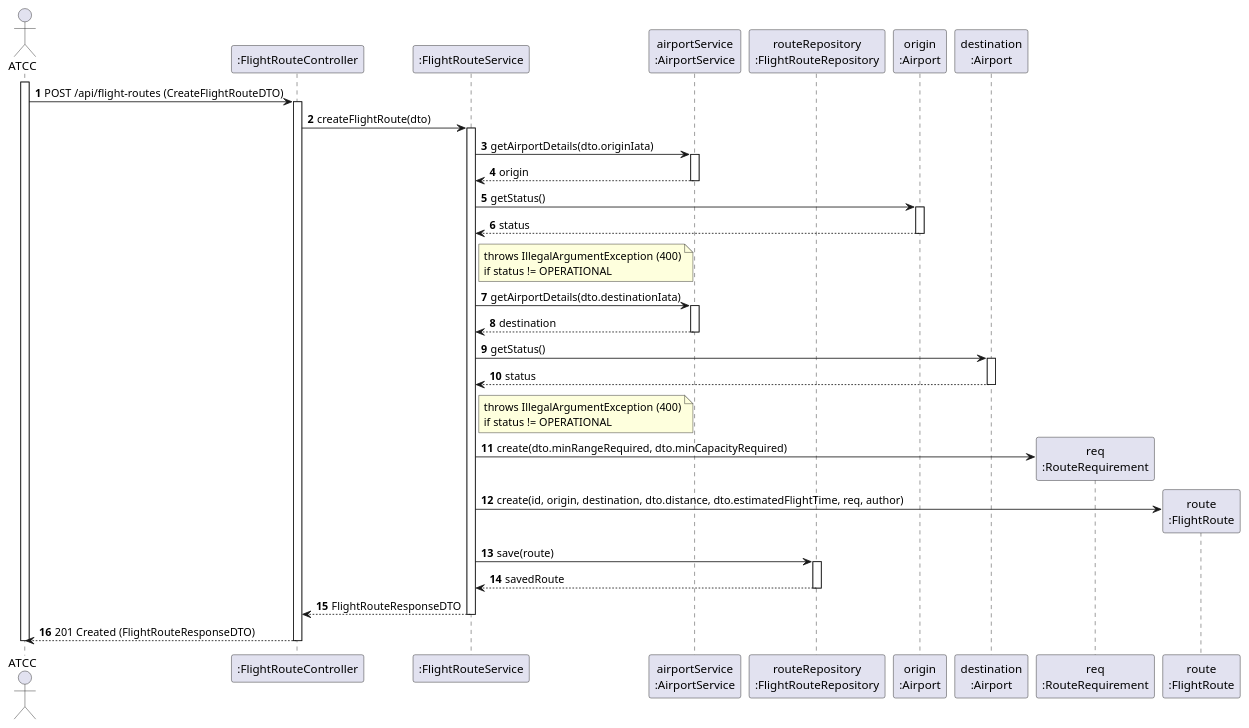
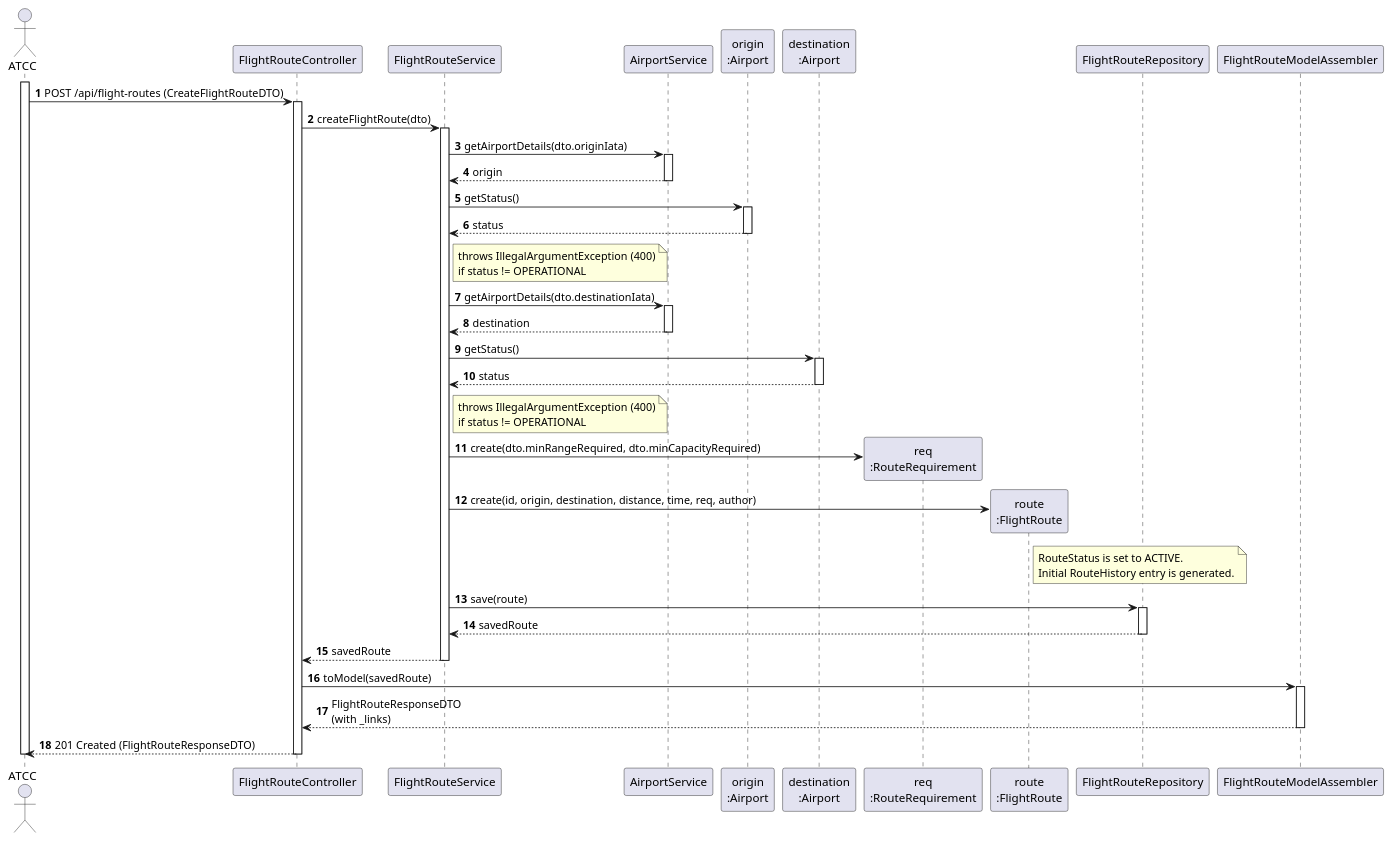
Before and after one commit to Andre-1240567/psoft2026_2DB_1240567_1241013_1240624: the diagram in docs/use-cases/WP#3A/US110/puml/US110-SD.puml, drawn with PlantUML. The commit also changed 43 other files, not shown here.

```diff
--- a/docs/use-cases/WP#3A/US110/puml/US110-SD.puml
+++ b/docs/use-cases/WP#3A/US110/puml/US110-SD.puml
@@ -1,56 +1,64 @@
-@startuml
+@startuml US110-SD
 autonumber
 actor "ATCC" as ATCC
-participant ":FlightRouteController" as Ctrl
-participant ":FlightRouteService" as Service
-participant "airportService\n:AirportService" as AirportSvc
-participant "routeRepository\n:FlightRouteRepository" as RepoRoute
+participant "FlightRouteController" as Ctrl
+participant "FlightRouteService" as Service
+participant "AirportService" as AirportSvc
 participant "origin\n:Airport" as Origin
 participant "destination\n:Airport" as Dest
 participant "req\n:RouteRequirement" as Req
 participant "route\n:FlightRoute" as Route
+participant "FlightRouteRepository" as RepoRoute
+participant "FlightRouteModelAssembler" as Assembler
 
 activate ATCC
 ATCC -> Ctrl: POST /api/flight-routes (CreateFlightRouteDTO)
 activate Ctrl
 
 Ctrl -> Service: createFlightRoute(dto)
 activate Service
 
 Service -> AirportSvc: getAirportDetails(dto.originIata)
 activate AirportSvc
 AirportSvc --> Service: origin
 deactivate AirportSvc
 
 Service -> Origin: getStatus()
 activate Origin
 Origin --> Service: status
 deactivate Origin
 note right of Service: throws IllegalArgumentException (400)\nif status != OPERATIONAL
 
 Service -> AirportSvc: getAirportDetails(dto.destinationIata)
 activate AirportSvc
 AirportSvc --> Service: destination
 deactivate AirportSvc
 
 Service -> Dest: getStatus()
 activate Dest
 Dest --> Service: status
 deactivate Dest
 note right of Service: throws IllegalArgumentException (400)\nif status != OPERATIONAL
 
 Service -> Req**: create(dto.minRangeRequired, dto.minCapacityRequired)
-Service -> Route**: create(id, origin, destination, dto.distance, dto.estimatedFlightTime, req, author)
+
+Service -> Route**: create(id, origin, destination, distance, time, req, author)
+note right of Route: RouteStatus is set to ACTIVE.\nInitial RouteHistory entry is generated.
 
 Service -> RepoRoute: save(route)
 activate RepoRoute
 RepoRoute --> Service: savedRoute
 deactivate RepoRoute
 
-Service --> Ctrl: FlightRouteResponseDTO
+Service --> Ctrl: savedRoute
 deactivate Service
+
+Ctrl -> Assembler: toModel(savedRoute)
+activate Assembler
+Assembler --> Ctrl: FlightRouteResponseDTO\n(with _links)
+deactivate Assembler
 
 Ctrl --> ATCC: 201 Created (FlightRouteResponseDTO)
 deactivate Ctrl
 deactivate ATCC
 @enduml
```
